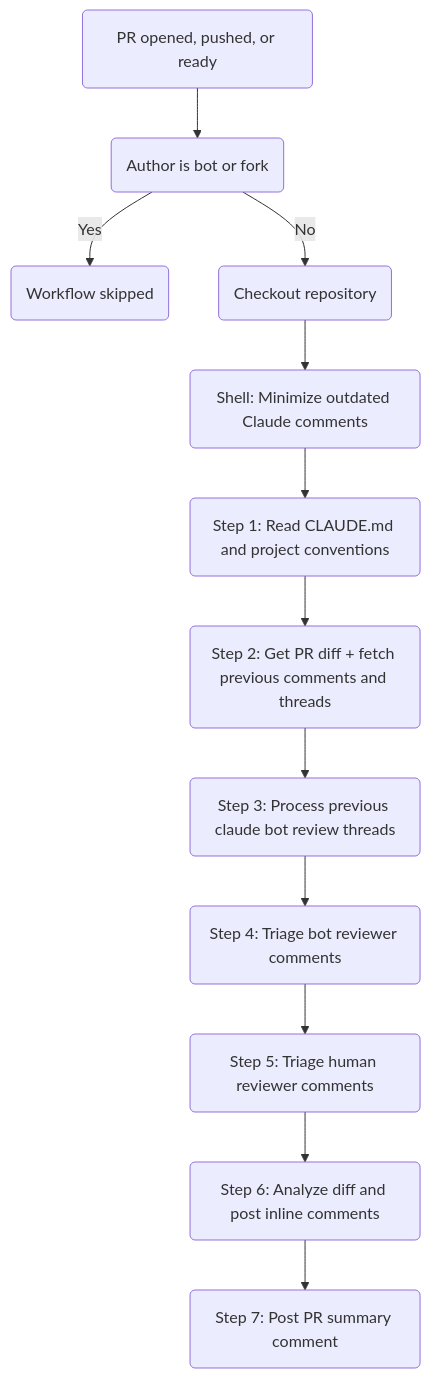
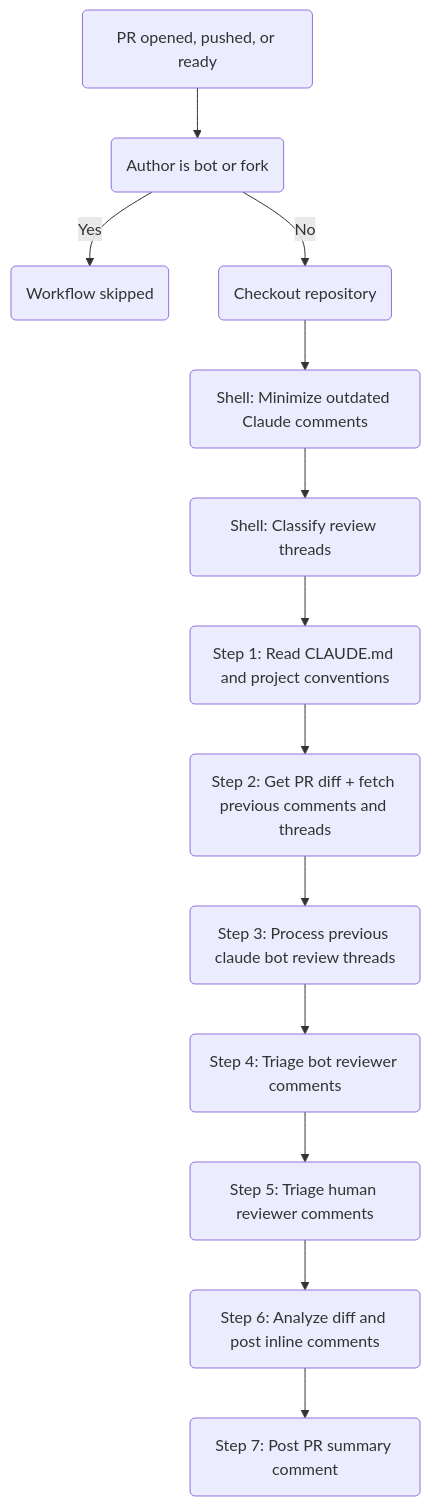
Before and after one commit to SchweizerischeBundesbahnen/github-workflows-polarion: the first of 2 diagrams in docs/claude-code-review.md, drawn with Mermaid. The commit also changed other lines of this file and 1 other file, not shown here.

First line of the commit message:
fix: move thread classification into deterministic shell pre-processing step (#51)

````diff
--- a/docs/claude-code-review.md
+++ b/docs/claude-code-review.md
@@ -40,14 +40,15 @@
 ```mermaid
 flowchart TD
   A(PR opened, pushed, or ready) --> B(Author is bot or fork)
   B -->|Yes| Z(Workflow skipped)
   B -->|No| C(Checkout repository)
   C --> D(Shell: Minimize outdated Claude comments)
-  D --> E(Step 1: Read CLAUDE.md and project conventions)
+  D --> D2(Shell: Classify review threads)
+  D2 --> E(Step 1: Read CLAUDE.md and project conventions)
   E --> F(Step 2: Get PR diff + fetch previous comments and threads)
   F --> G(Step 3: Process previous claude bot review threads)
   G --> H(Step 4: Triage bot reviewer comments)
   H --> I(Step 5: Triage human reviewer comments)
   I --> J(Step 6: Analyze diff and post inline comments)
   J --> K(Step 7: Post PR summary comment)
 ```
````
